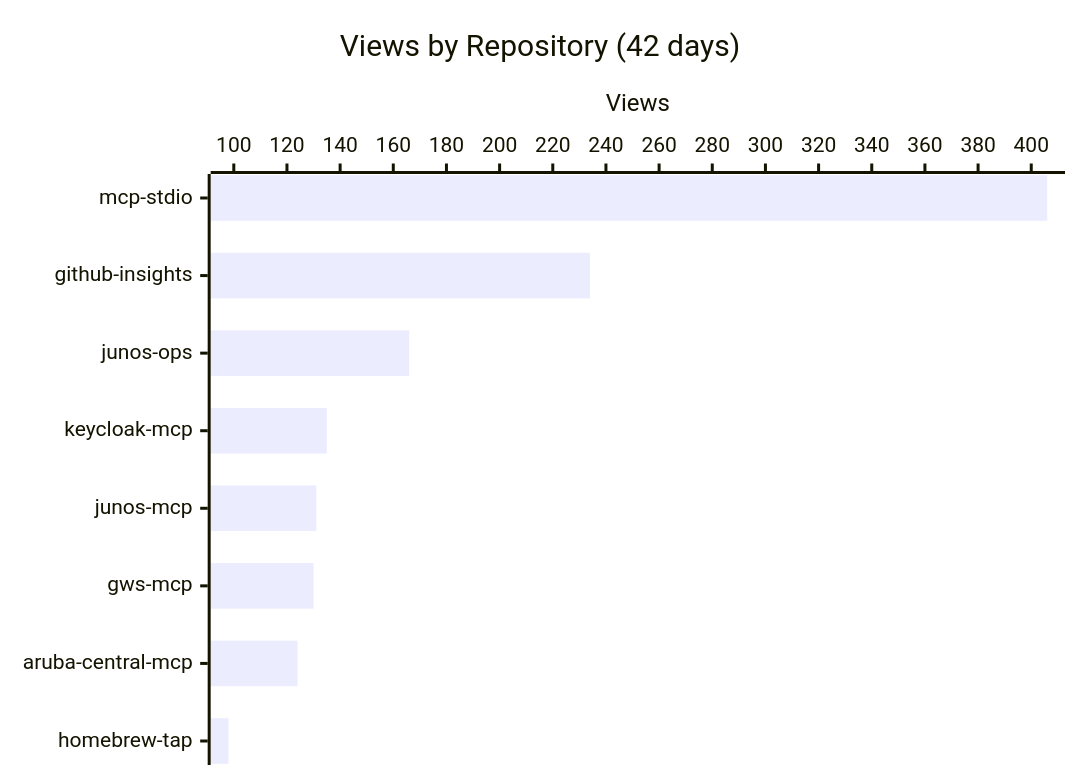
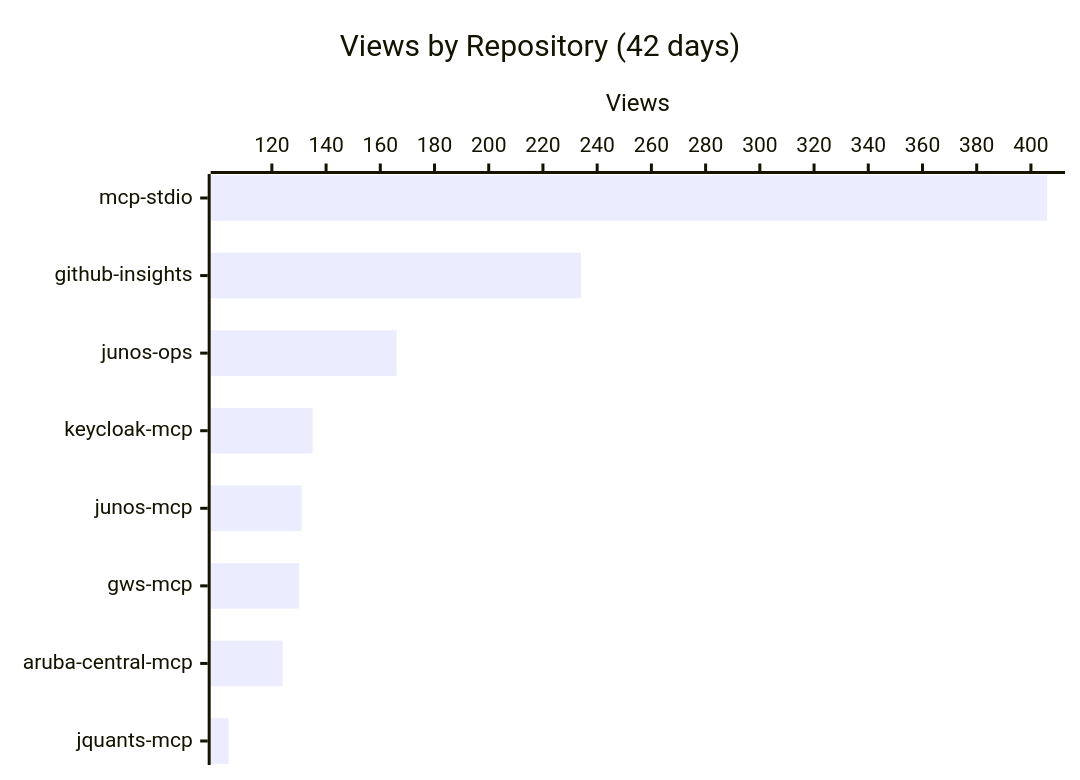
Before and after one commit to shigechika/github-insights: the first of 3 diagrams in README.md, drawn with Mermaid. The commit also changed other lines of this file and 2 other files, not shown here.

````diff
--- a/README.md
+++ b/README.md
@@ -16,7 +16,7 @@
 ```mermaid
 xychart-beta horizontal
     title "Views by Repository (42 days)"
-    x-axis ["mcp-stdio", "github-insights", "junos-ops", "keycloak-mcp", "junos-mcp", "gws-mcp", "aruba-central-mcp", "homebrew-tap"]
+    x-axis ["mcp-stdio", "github-insights", "junos-ops", "keycloak-mcp", "junos-mcp", "gws-mcp", "aruba-central-mcp", "jquants-mcp"]
     y-axis "Views"
-    bar [406, 234, 166, 135, 131, 130, 124, 98]
+    bar [406, 234, 166, 135, 131, 130, 124, 104]
 ```
````
